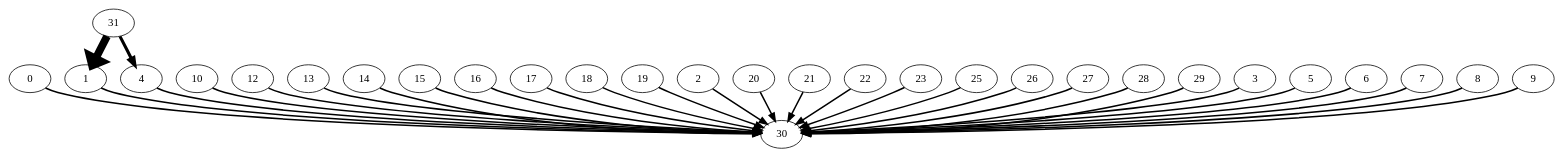
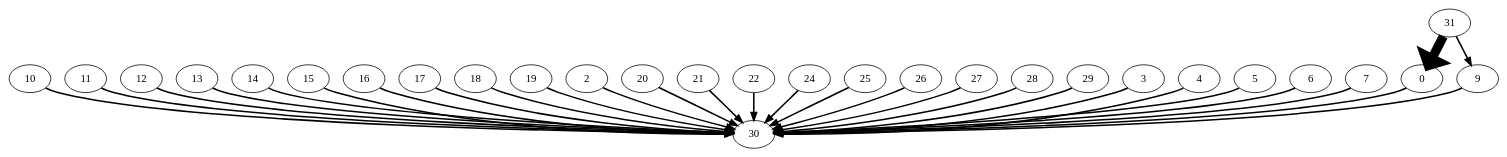
The diagram in quiver-gviz/reprdigraph.dot (LostBitset/quiver_se), drawn with Graphviz before and after one commit. The commit also changed 2 other files, not shown here.

```diff
--- a/quiver-gviz/reprdigraph.dot
+++ b/quiver-gviz/reprdigraph.dot
@@ -1,64 +1,62 @@
 digraph  {
 	
-	n29[label="0"];
-	n23[label="1"];
-	n13[label="10"];
-	n16[label="12"];
-	n19[label="13"];
-	n4[label="14"];
-	n20[label="15"];
-	n25[label="16"];
-	n3[label="17"];
-	n18[label="18"];
-	n14[label="19"];
-	n12[label="2"];
-	n15[label="20"];
-	n26[label="21"];
-	n10[label="22"];
-	n28[label="23"];
-	n5[label="25"];
-	n24[label="26"];
-	n21[label="27"];
-	n9[label="28"];
-	n6[label="29"];
-	n27[label="3"];
+	n13[label="0"];
+	n11[label="10"];
+	n4[label="11"];
+	n18[label="12"];
+	n29[label="13"];
+	n10[label="14"];
+	n17[label="15"];
+	n9[label="16"];
+	n8[label="17"];
+	n14[label="18"];
+	n28[label="19"];
+	n5[label="2"];
+	n16[label="20"];
+	n15[label="21"];
+	n21[label="22"];
+	n19[label="24"];
+	n20[label="25"];
+	n23[label="26"];
+	n22[label="27"];
+	n6[label="28"];
+	n27[label="29"];
+	n1[label="3"];
 	n2[label="30"];
-	n22[label="31"];
-	n17[label="4"];
-	n7[label="5"];
-	n1[label="6"];
-	n30[label="7"];
-	n11[label="8"];
-	n8[label="9"];
+	n12[label="31"];
+	n24[label="4"];
+	n25[label="5"];
+	n26[label="6"];
+	n3[label="7"];
+	n7[label="9"];
+	n13->n2[penwidth="2"];
+	n11->n2[penwidth="2"];
+	n4->n2[penwidth="2"];
+	n18->n2[penwidth="2"];
 	n29->n2[penwidth="2"];
-	n23->n2[penwidth="2"];
-	n13->n2[penwidth="2"];
-	n16->n2[penwidth="2"];
-	n19->n2[penwidth="2"];
-	n4->n2[penwidth="2"];
-	n20->n2[penwidth="2"];
-	n25->n2[penwidth="2"];
-	n3->n2[penwidth="2"];
-	n18->n2[penwidth="2"];
+	n10->n2[penwidth="2"];
+	n17->n2[penwidth="2"];
+	n9->n2[penwidth="2"];
+	n8->n2[penwidth="2"];
 	n14->n2[penwidth="2"];
-	n12->n2[penwidth="2"];
-	n15->n2[penwidth="2"];
-	n26->n2[penwidth="2"];
-	n10->n2[penwidth="2"];
 	n28->n2[penwidth="2"];
 	n5->n2[penwidth="2"];
-	n24->n2[penwidth="2"];
+	n16->n2[penwidth="2"];
+	n15->n2[penwidth="2"];
 	n21->n2[penwidth="2"];
-	n9->n2[penwidth="2"];
+	n19->n2[penwidth="2"];
+	n20->n2[penwidth="2"];
+	n23->n2[penwidth="2"];
+	n22->n2[penwidth="2"];
 	n6->n2[penwidth="2"];
 	n27->n2[penwidth="2"];
-	n22->n17[penwidth="4"];
-	n22->n23[penwidth="10"];
-	n17->n2[penwidth="2"];
+	n1->n2[penwidth="2"];
+	n12->n13[penwidth="12"];
+	n12->n7[penwidth="2"];
+	n24->n2[penwidth="2"];
+	n25->n2[penwidth="2"];
+	n26->n2[penwidth="2"];
+	n3->n2[penwidth="2"];
 	n7->n2[penwidth="2"];
-	n1->n2[penwidth="2"];
-	n30->n2[penwidth="2"];
-	n11->n2[penwidth="2"];
-	n8->n2[penwidth="2"];
 	
 }
```
